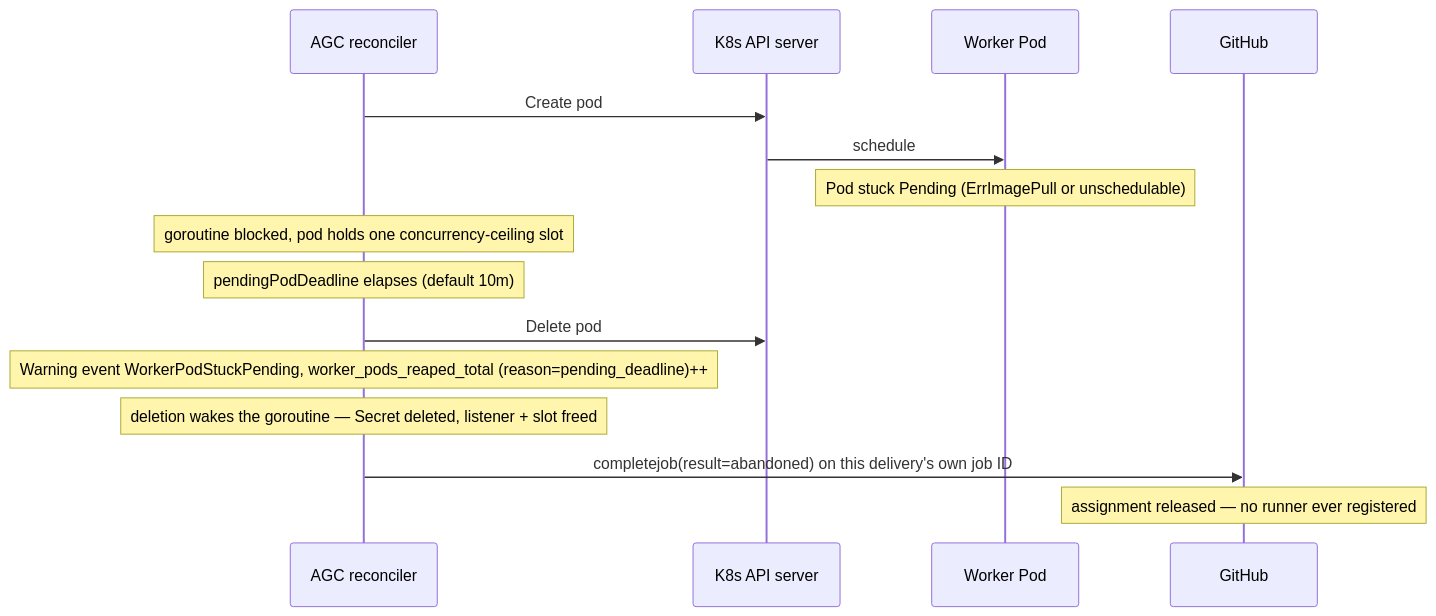
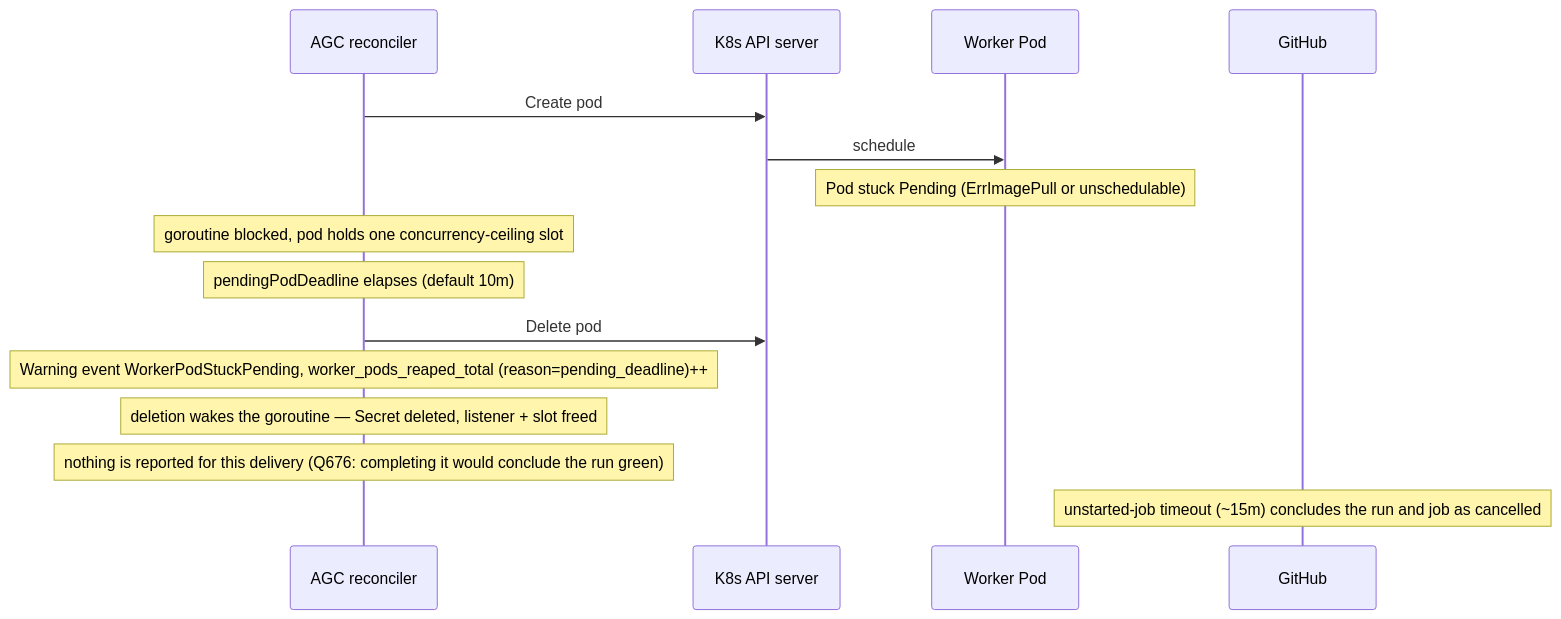
One commit to actions-gateway/github-actions-gateway changed the eighth of 9 diagrams in docs/design/04-operational-flows.md. Above: the diagram before and after it, drawn with Mermaid. The commit also changed other lines of this file and 6 other files, not shown here.

````diff
--- a/docs/design/04-operational-flows.md
+++ b/docs/design/04-operational-flows.md
@@ -387,17 +387,17 @@
 ```mermaid
 sequenceDiagram
     participant A as AGC reconciler
     participant K as K8s API server
     participant W as Worker Pod
     participant GH as GitHub
     A->>K: Create pod
     K->>W: schedule
     Note over W: Pod stuck Pending (ErrImagePull or unschedulable)
     Note over A: goroutine blocked, pod holds one concurrency-ceiling slot
     Note over A: pendingPodDeadline elapses (default 10m)
     A->>K: Delete pod
     Note over A: Warning event WorkerPodStuckPending, worker_pods_reaped_total (reason=pending_deadline)++
     Note over A: deletion wakes the goroutine — Secret deleted, listener + slot freed
-    A->>GH: completejob(result=abandoned) on this delivery's own job ID
-    Note over GH: assignment released — no runner ever registered
+    Note over A: nothing is reported for this delivery (Q676: completing it would conclude the run green)
+    Note over GH: unstarted-job timeout (~15m) concludes the run and job as cancelled
 ```
````
